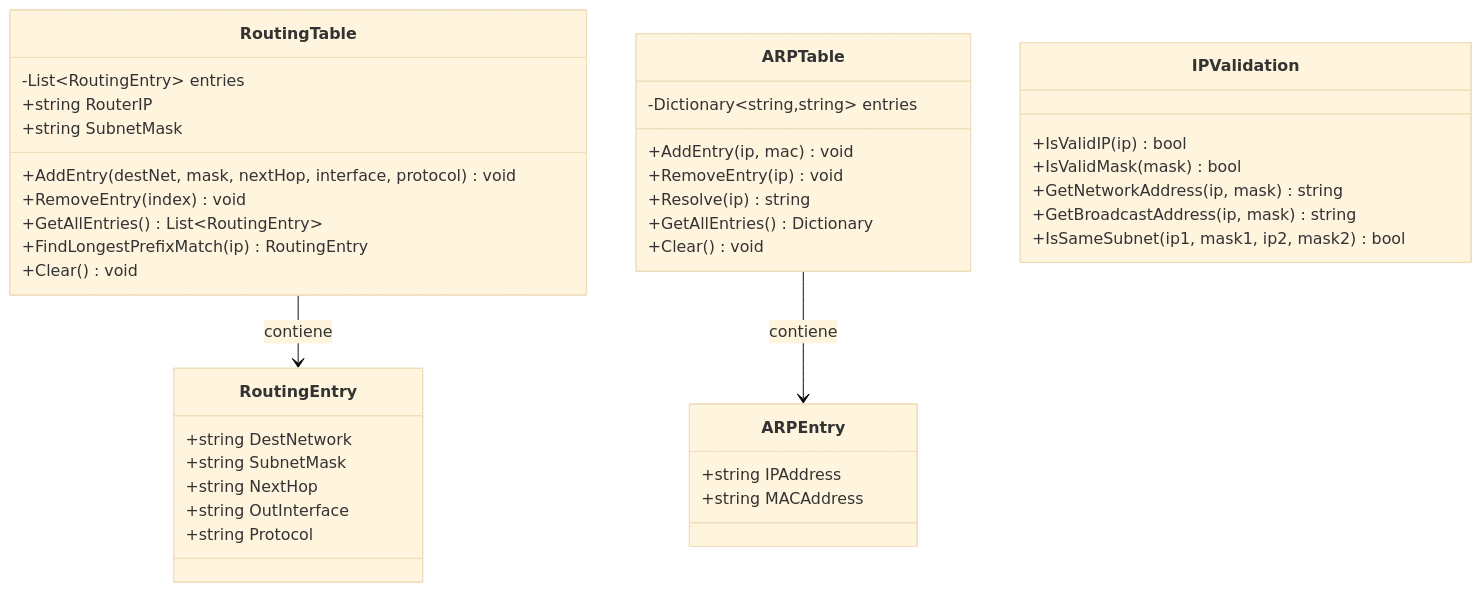
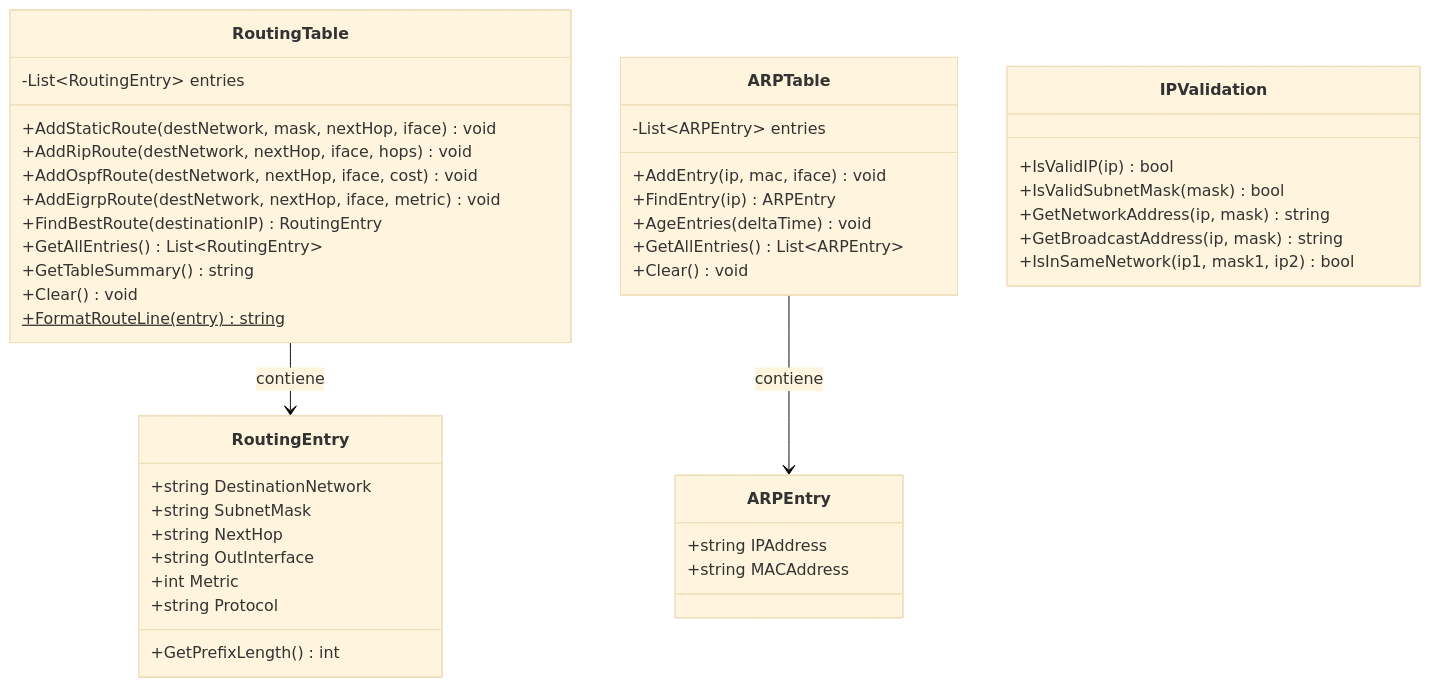
One commit to Josmarinr/ProyectoGI_SimuladorRedesIDEUM changed the second of 3 diagrams in docs/diagrams/mermaid/02-class-network.md. Above: the diagram before and after it, drawn with Mermaid (base theme). The commit also changed other lines of this file and 28 other files, not shown here.

````diff
--- a/docs/diagrams/mermaid/02-class-network.md
+++ b/docs/diagrams/mermaid/02-class-network.md
@@ -59,46 +59,50 @@
 ```mermaid
 classDiagram
     class RoutingTable {
         -List~RoutingEntry~ entries
-        +string RouterIP
-        +string SubnetMask
-        +AddEntry(destNet, mask, nextHop, interface, protocol) void
-        +RemoveEntry(index) void
+        +AddStaticRoute(destNetwork, mask, nextHop, iface) void
+        +AddRipRoute(destNetwork, nextHop, iface, hops) void
+        +AddOspfRoute(destNetwork, nextHop, iface, cost) void
+        +AddEigrpRoute(destNetwork, nextHop, iface, metric) void
+        +FindBestRoute(destinationIP) RoutingEntry
         +GetAllEntries() List~RoutingEntry~
-        +FindLongestPrefixMatch(ip) RoutingEntry
+        +GetTableSummary() string
         +Clear() void
+        +FormatRouteLine(entry) string$
     }
 
     class RoutingEntry {
-        +string DestNetwork
+        +string DestinationNetwork
         +string SubnetMask
         +string NextHop
         +string OutInterface
+        +int Metric
         +string Protocol
+        +GetPrefixLength() int
     }
 
     class ARPTable {
-        -Dictionary~string,string~ entries
-        +AddEntry(ip, mac) void
-        +RemoveEntry(ip) void
-        +Resolve(ip) string
-        +GetAllEntries() Dictionary
+        -List~ARPEntry~ entries
+        +AddEntry(ip, mac, iface) void
+        +FindEntry(ip) ARPEntry
+        +AgeEntries(deltaTime) void
+        +GetAllEntries() List~ARPEntry~
         +Clear() void
     }
 
     class ARPEntry {
         +string IPAddress
         +string MACAddress
     }
 
     class IPValidation {
         +IsValidIP(ip) bool
-        +IsValidMask(mask) bool
+        +IsValidSubnetMask(mask) bool
         +GetNetworkAddress(ip, mask) string
         +GetBroadcastAddress(ip, mask) string
-        +IsSameSubnet(ip1, mask1, ip2, mask2) bool
+        +IsInSameNetwork(ip1, mask1, ip2) bool
     }
 
     RoutingTable --> RoutingEntry : contiene
     ARPTable --> ARPEntry : contiene
 ```
````
